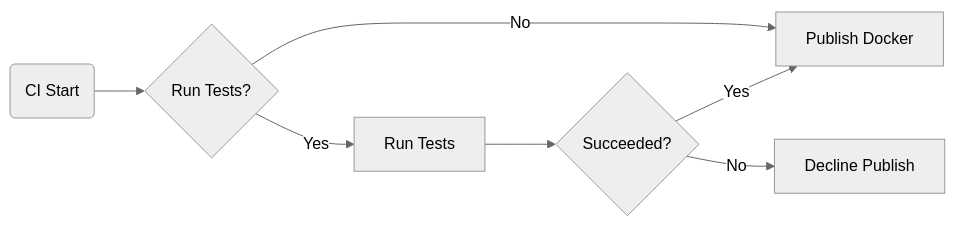
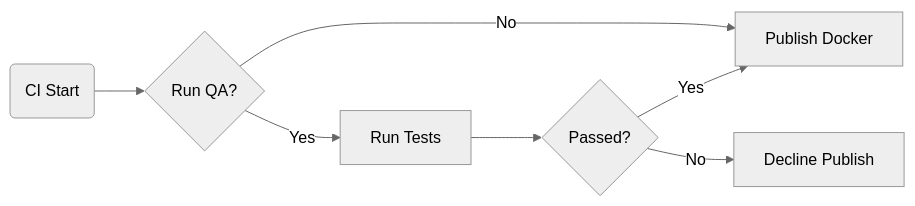
One commit to boromir674/automated-workflows changed the second of 2 diagrams in README.md. Above: the diagram before and after it, drawn with Mermaid (neutral theme). The commit also changed other lines of this file, not shown here.

````diff
--- a/README.md
+++ b/README.md
@@ -69,9 +79,9 @@
 ```mermaid
 graph LR
-workflow_triggered("CI Start") --> rt{"Run Tests?"}
+workflow_triggered("CI Start") --> rt{"Run QA?"}
 rt -- Yes --> cit
-cit["Run Tests"] --> ifpass{"Succeeded?"}
+cit["Run Tests"] --> ifpass{"Passed?"}
 ifpass -- "Yes" --> run_docker["Publish Docker"]
 ifpass -- "No" --> do_not_publish_broken_build["Decline Publish"]
 rt -- No --> run_docker
 ```
````
